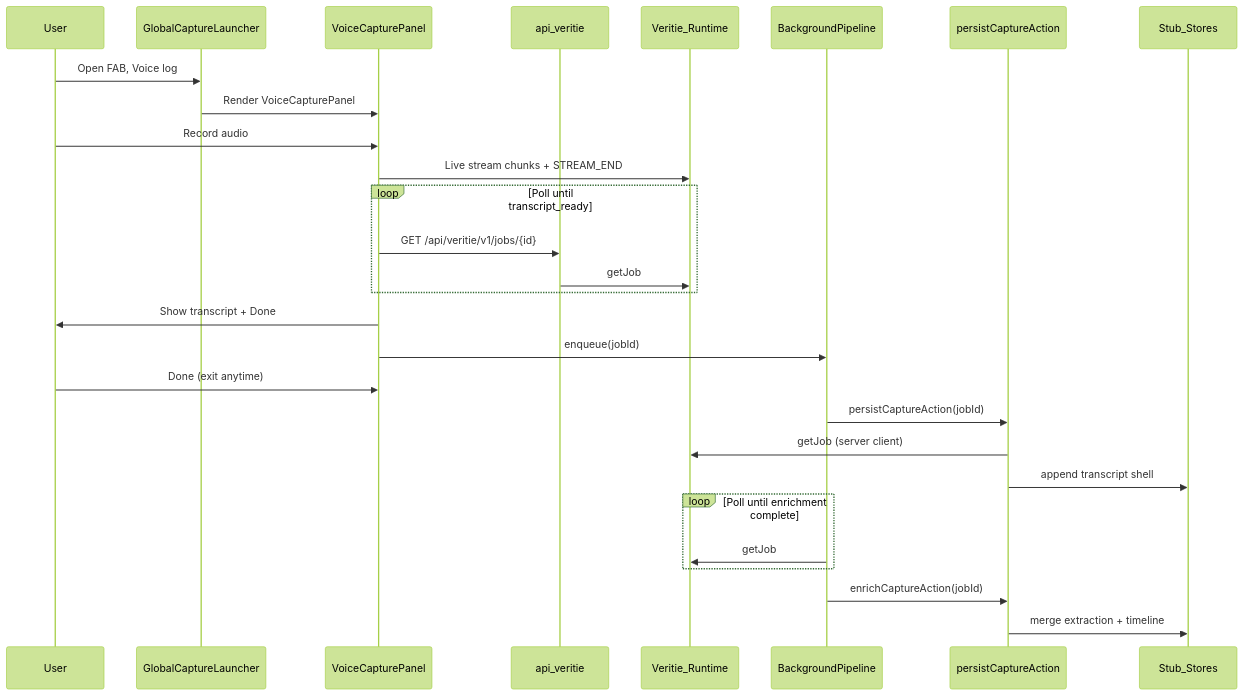
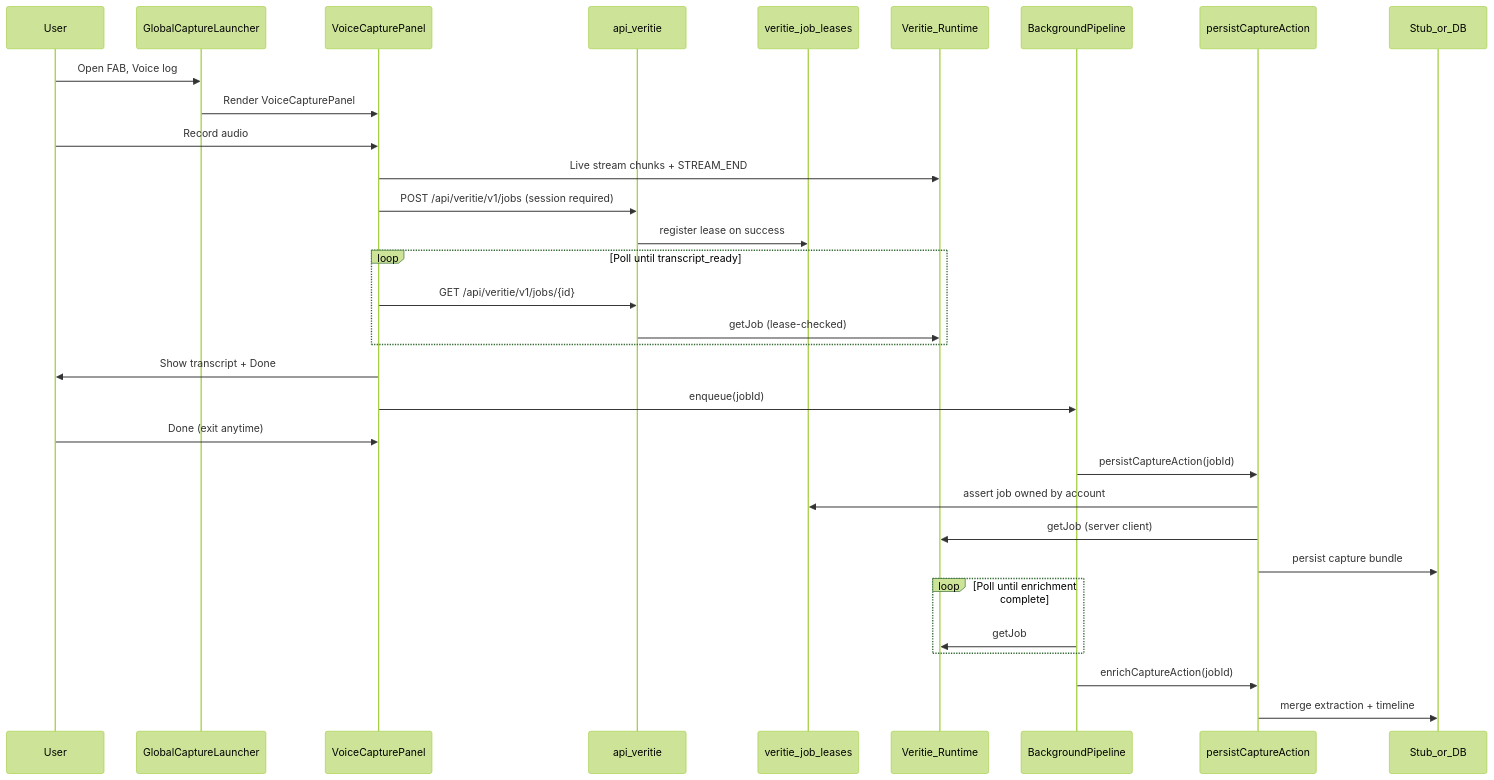
Before and after one commit to KoJaco/veritie-personal: the diagram in docs/architecture/capture-flow.md, drawn with Mermaid (forest theme). The commit also changed other lines of this file and 4 other files, not shown here.

````diff
--- a/docs/architecture/capture-flow.md
+++ b/docs/architecture/capture-flow.md
@@ -7,31 +7,35 @@
 ```mermaid
 sequenceDiagram
     participant User
     participant Launcher as GlobalCaptureLauncher
     participant Panel as VoiceCapturePanel
     participant Proxy as api_veritie
+    participant Leases as veritie_job_leases
     participant Veritie as Veritie_Runtime
     participant BG as BackgroundPipeline
     participant Action as persistCaptureAction
-    participant Stubs as Stub_Stores
+    participant Store as Stub_or_DB
 
     User->>Launcher: Open FAB, Voice log
     Launcher->>Panel: Render VoiceCapturePanel
     User->>Panel: Record audio
     Panel->>Veritie: Live stream chunks + STREAM_END
-    loop Poll until transcript_ready
+    Panel->>Proxy: POST /api/veritie/v1/jobs (session required)
+    Proxy->>Leases: register lease on success
+  loop Poll until transcript_ready
         Panel->>Proxy: GET /api/veritie/v1/jobs/{id}
-        Proxy->>Veritie: getJob
+        Proxy->>Veritie: getJob (lease-checked)
     end
     Panel->>User: Show transcript + Done
     Panel->>BG: enqueue(jobId)
     User->>Panel: Done (exit anytime)
     BG->>Action: persistCaptureAction(jobId)
+    Action->>Leases: assert job owned by account
     Action->>Veritie: getJob (server client)
-    Action->>Stubs: append transcript shell
+    Action->>Store: persist capture bundle
     loop Poll until enrichment complete
         BG->>Veritie: getJob
     end
     BG->>Action: enrichCaptureAction(jobId)
-    Action->>Stubs: merge extraction + timeline
+    Action->>Store: merge extraction + timeline
 ```
````
